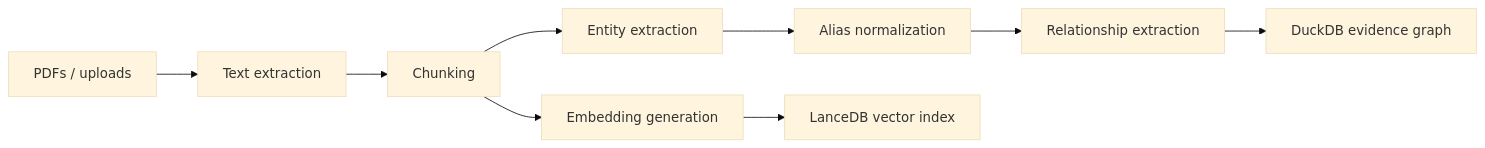
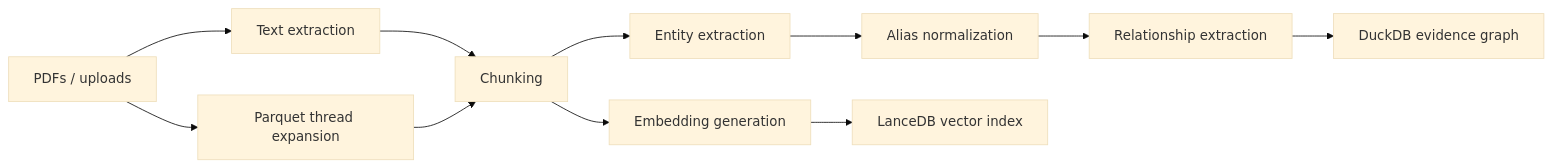
Before and after one commit to meabs/localsearch: the second of 3 diagrams in README.md, drawn with Mermaid (base theme). The commit also changed other lines of this file and 8 other files, not shown here.

Commit message:
Add Parquet email thread ingestion

````diff
--- a/README.md
+++ b/README.md
@@ -100,11 +81,13 @@
 ```mermaid
 flowchart LR
     A["PDFs / uploads"] --> B["Text extraction"]
+    A --> P["Parquet thread expansion"]
     B --> C["Chunking"]
+    P --> C
     C --> D["Entity extraction"]
     D --> E["Alias normalization"]
     E --> F["Relationship extraction"]
     F --> G["DuckDB evidence graph"]
     C --> H["Embedding generation"]
     H --> I["LanceDB vector index"]
 ```
````
